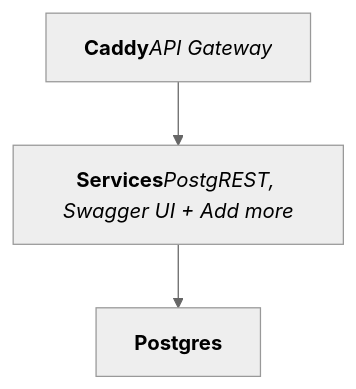
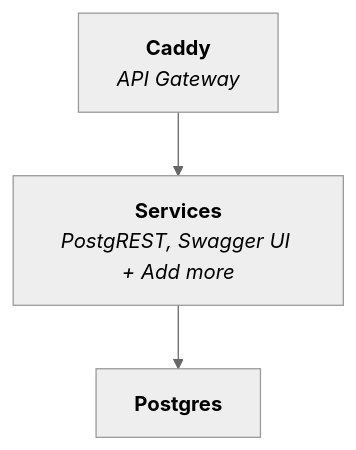
Before and after one commit to explodinglabs/superstack: the diagram in README.md, drawn with Mermaid (neutral theme).

Commit message:
Adjust readme

````diff
--- a/README.md
+++ b/README.md
@@ -14,6 +14,6 @@
 ```mermaid
 flowchart TD
-    Caddy["<b>Caddy</b><i>API Gateway<i>"]
-    Caddy --> Middleware["<b>Services</b><i>PostgREST, Swagger UI + Add more</i>"]
+    Caddy["<b>Caddy</b><br><i>API Gateway<i>"]
+    Caddy --> Middleware["<b>Services</b><br><i>PostgREST, Swagger UI + Add more</i>"]
     Middleware --> Postgres["<b>Postgres</b>"]
 ```
````
